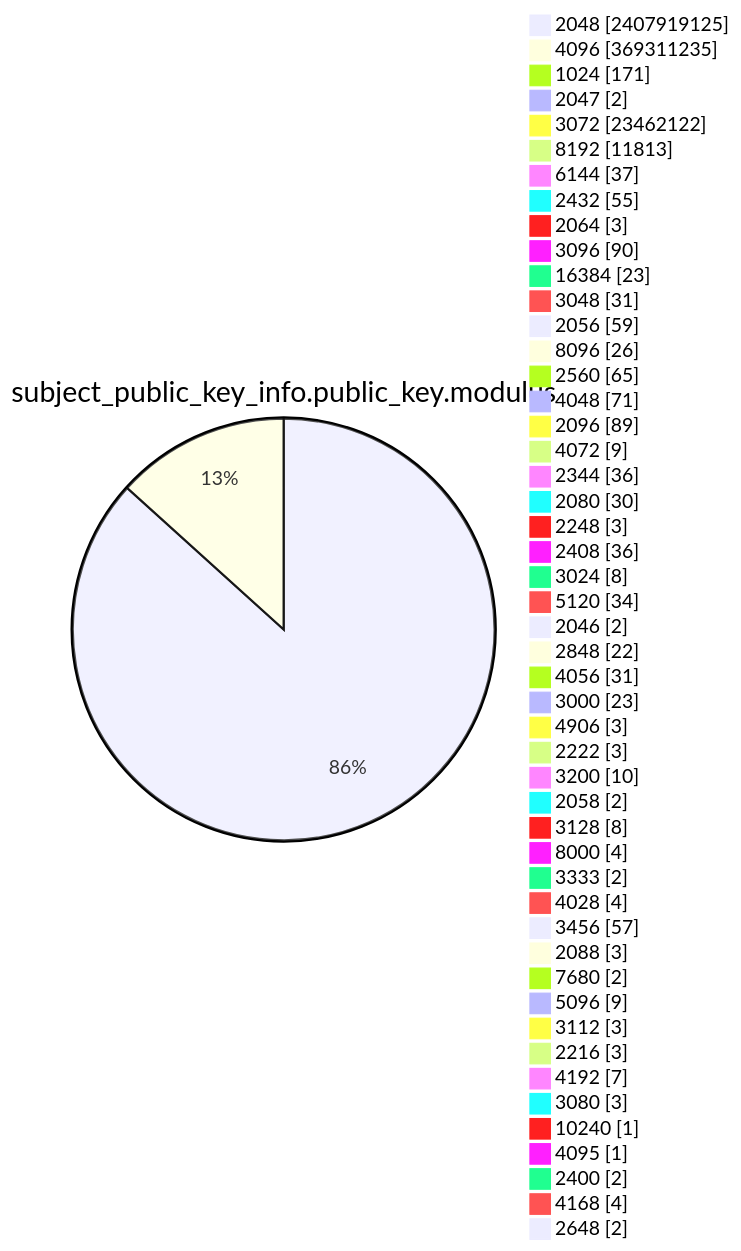
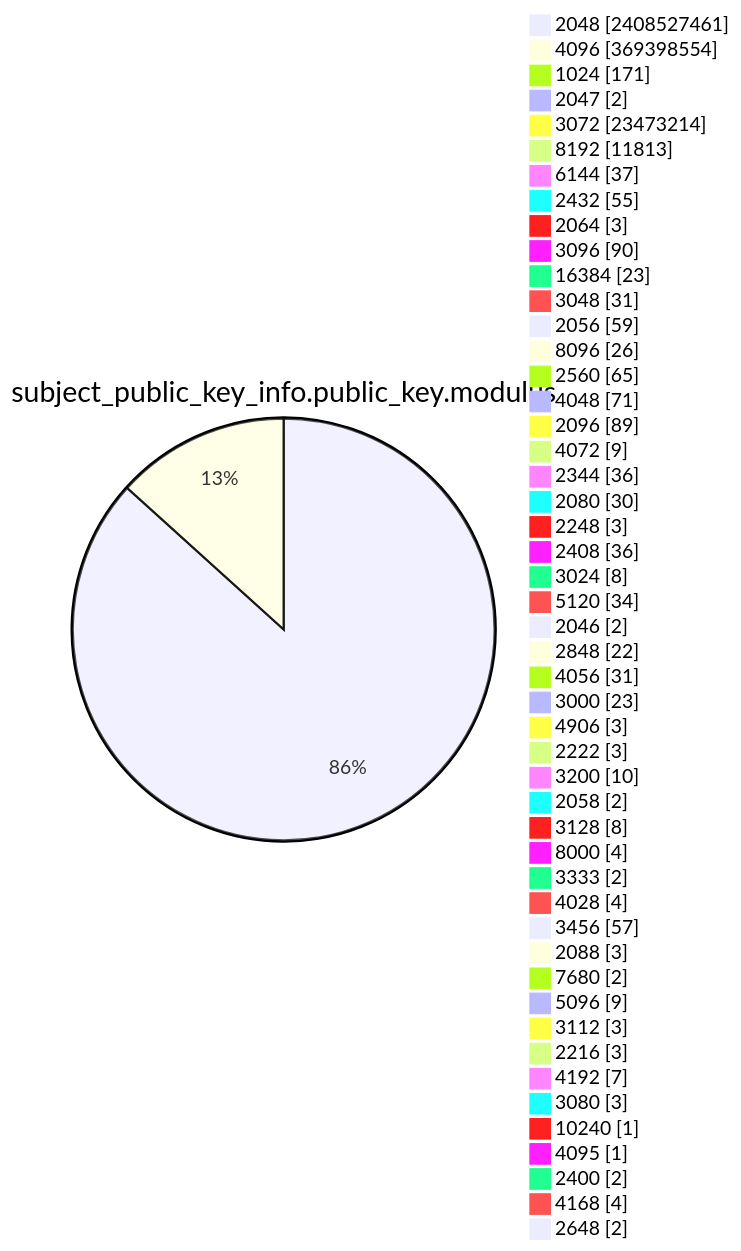
One commit to christiankrug/ctmonitor_visualization changed diagram 13 of 15 in TOTAL/README.md. Above: the diagram before and after it, drawn with Mermaid. The commit also changed other lines of this file, not shown here.

````diff
--- a/TOTAL/README.md
+++ b/TOTAL/README.md
@@ -4167,53 +4167,53 @@
 ```mermaid
 pie showData
 title subject_public_key_info.public_key.modulus
-"2048" :2407919125
-"4096" :369311235
+"2048" :2408527461
+"4096" :369398554
 "1024" :171
 "2047" :2
-"3072" :23462122
+"3072" :23473214
 "8192" :11813
 "6144" :37
 "2432" :55
 "2064" :3
 "3096" :90
 "16384" :23
 "3048" :31
 "2056" :59
 "8096" :26
 "2560" :65
 "4048" :71
 "2096" :89
 "4072" :9
 "2344" :36
 "2080" :30
 "2248" :3
 "2408" :36
 "3024" :8
 "5120" :34
 "2046" :2
 "2848" :22
 "4056" :31
 "3000" :23
 "4906" :3
 "2222" :3
 "3200" :10
 "2058" :2
 "3128" :8
 "8000" :4
 "3333" :2
 "4028" :4
 "3456" :57
 "2088" :3
 "7680" :2
 "5096" :9
 "3112" :3
 "2216" :3
 "4192" :7
 "3080" :3
 "10240" :1
 "4095" :1
 "2400" :2
 "4168" :4
 "2648" :2
 ```
````
